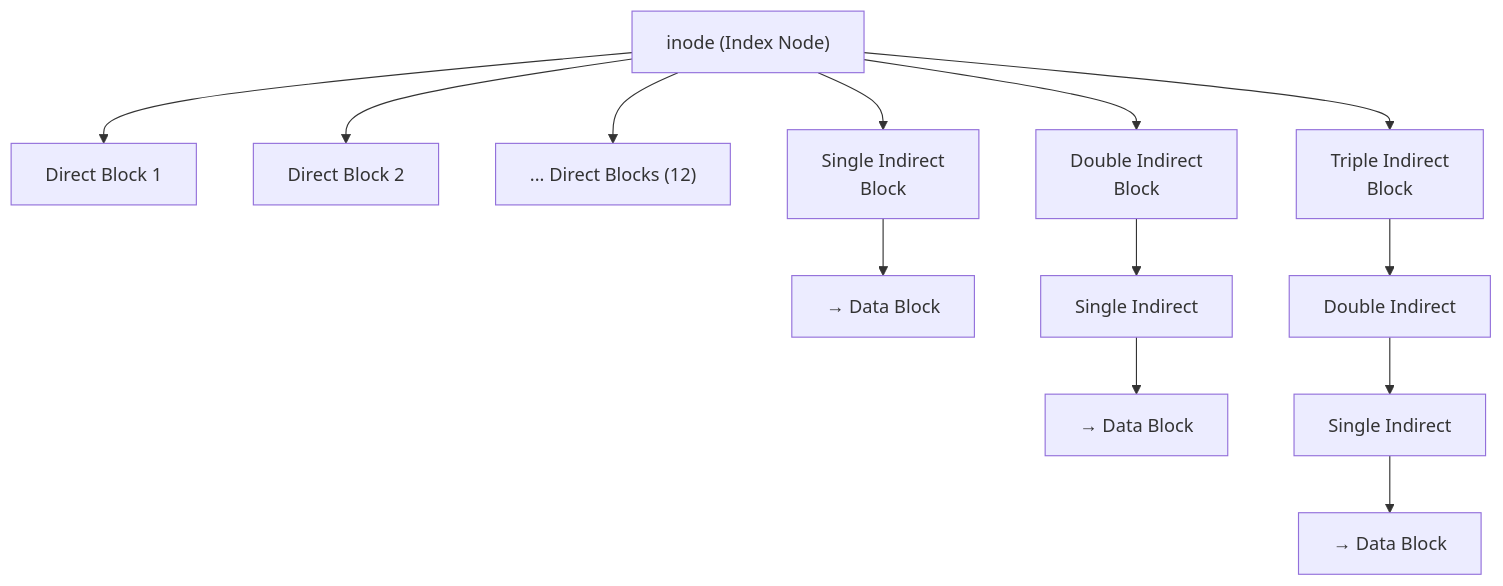
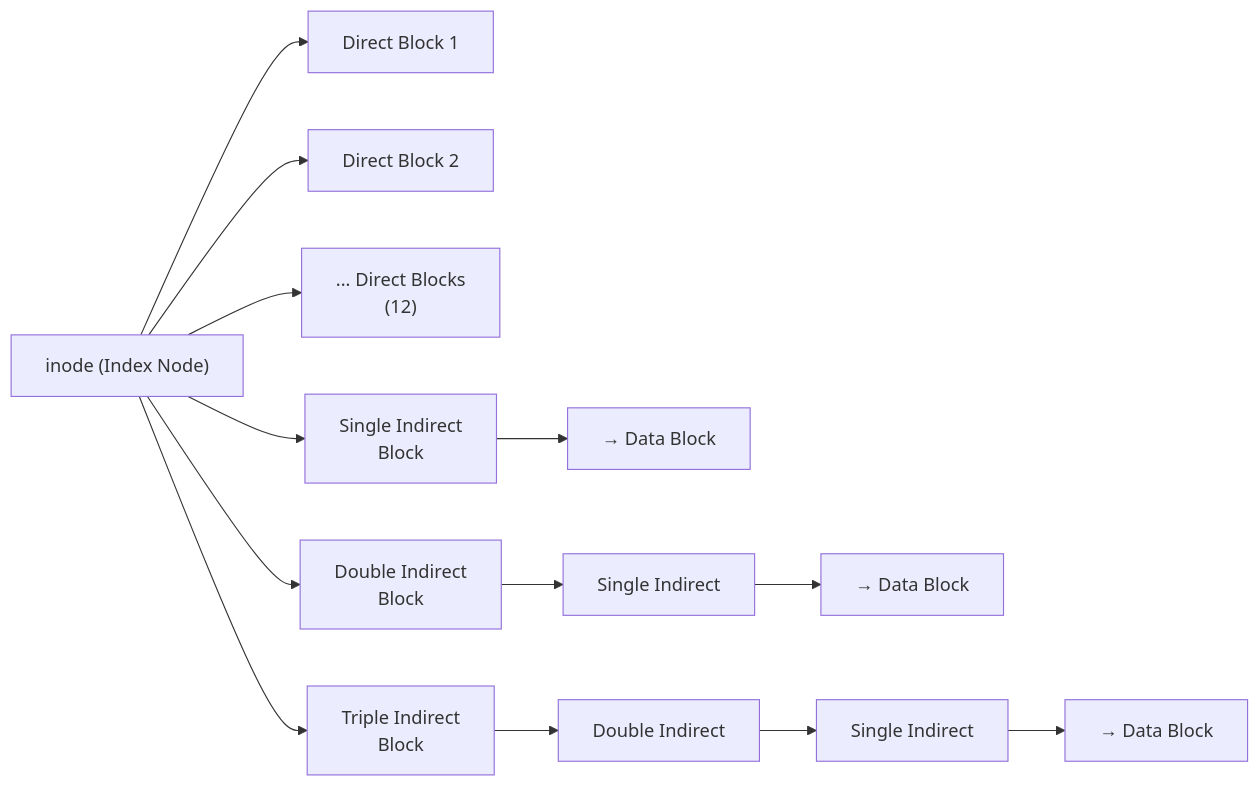
One commit to amitdevx/TY changed the first of 2 diagrams in 01-Semester-V/CS-302-MJ-T-Operating-Systems/Unit-5.md. Above: the diagram before and after it, drawn with Mermaid. The commit also changed other lines of this file and 65 other files, not shown here.

Commit message:
fix:graph vertical

````diff
--- a/01-Semester-V/CS-302-MJ-T-Operating-Systems/Unit-5.md
+++ b/01-Semester-V/CS-302-MJ-T-Operating-Systems/Unit-5.md
@@ -252,13 +252,13 @@
 ```mermaid
-graph TD
+graph LR
     inode["inode (Index Node)"] --> D1["Direct Block 1"]
     inode --> D2["Direct Block 2"]
-    inode --> D12["... Direct Blocks (12)"]
+    inode --> D12["... Direct Blocks<br/>(12)"]
     inode --> SI["Single Indirect<br/>Block"]
     inode --> DI["Double Indirect<br/>Block"]
     inode --> TI["Triple Indirect<br/>Block"]
     
     SI --> P1["→ Data Block"]
     DI --> SI2["Single Indirect"] --> P2["→ Data Block"]
     TI --> DI2["Double Indirect"] --> SI3["Single Indirect"] --> P3["→ Data Block"]
 ```
````
